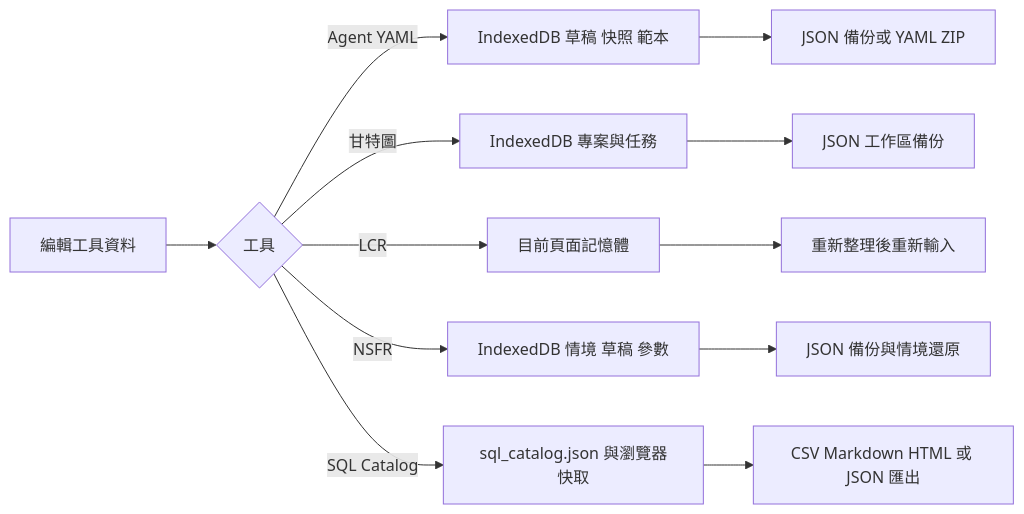
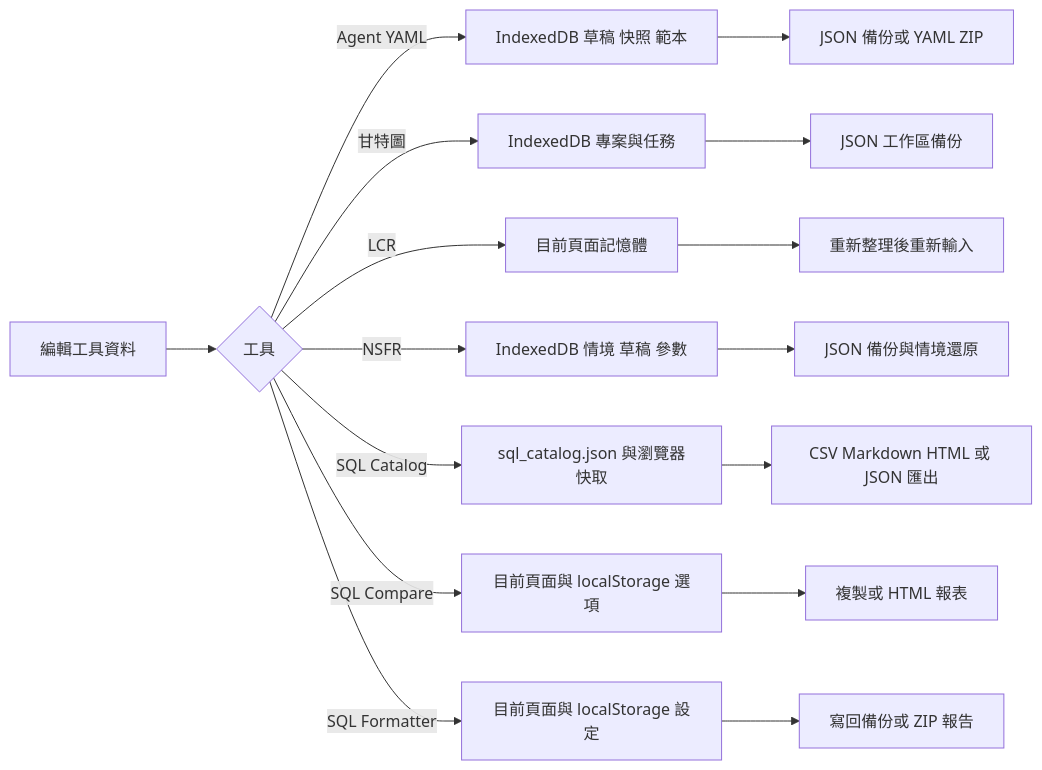
The eighth of 8 diagrams in README.md (DunkLiao/my-spa-tools), drawn with Mermaid before and after one commit. The commit also changed other lines of this file and 2 other files, not shown here.

Commit message:
Update README and add Oracle SQL tools

````diff
--- a/README.md
+++ b/README.md
@@ -240,14 +326,18 @@
 ```mermaid
 flowchart LR
     A[編輯工具資料] --> B{工具}
     B -->|Agent YAML| C[IndexedDB 草稿 快照 範本]
     B -->|甘特圖| D[IndexedDB 專案與任務]
     B -->|LCR| E[目前頁面記憶體]
     B -->|NSFR| K[IndexedDB 情境 草稿 參數]
     B -->|SQL Catalog| I[sql_catalog.json 與瀏覽器快取]
+    B -->|SQL Compare| M[目前頁面與 localStorage 選項]
+    B -->|SQL Formatter| N[目前頁面與 localStorage 設定]
     C --> F[JSON 備份或 YAML ZIP]
     D --> G[JSON 工作區備份]
     E --> H[重新整理後重新輸入]
     K --> L[JSON 備份與情境還原]
     I --> J[CSV Markdown HTML 或 JSON 匯出]
+    M --> O[複製或 HTML 報表]
+    N --> P[寫回備份或 ZIP 報告]
 ```
````
